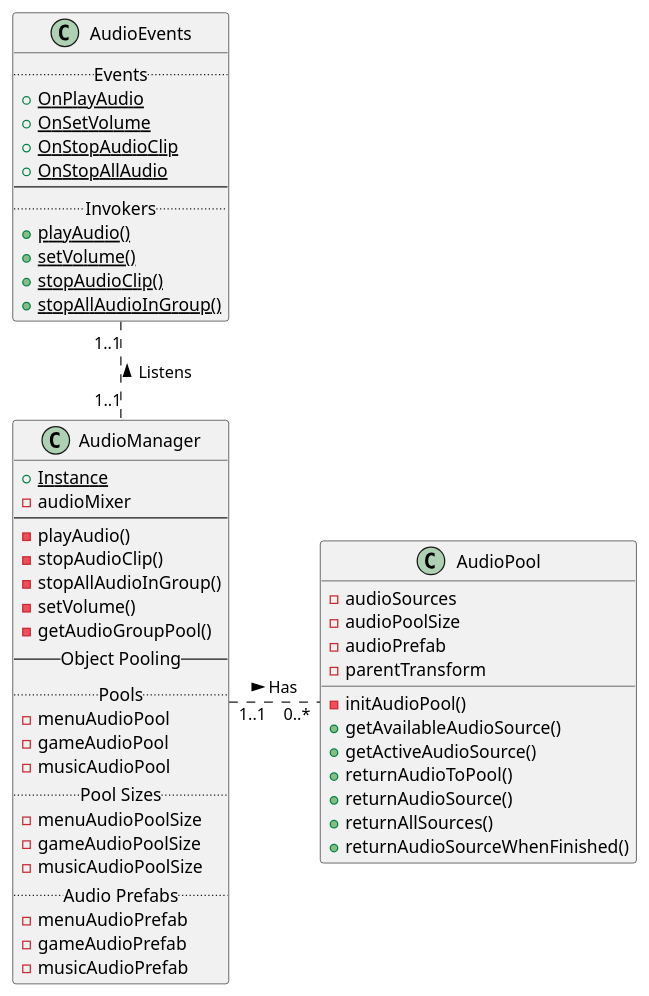
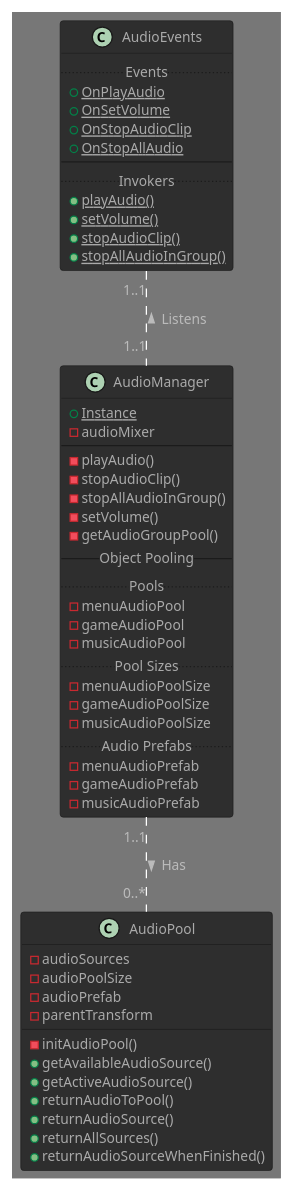
Before and after one commit to jskelly2021/Journey: the diagram in UML/audiosystem.iuml, drawn with PlantUML. The commit also changed 6 other files, not shown here.

```diff
--- a/UML/audiosystem.iuml
+++ b/UML/audiosystem.iuml
@@ -1,57 +1,59 @@
 @startuml inputsystem
+!theme reddress-darkblue
+
 class AudioManager {
     {static} +Instance
     -audioMixer
     ---
     -playAudio()
     -stopAudioClip()
     -stopAllAudioInGroup()
     -setVolume()
     -getAudioGroupPool()
     --Object Pooling--
     ..Pools..
     -menuAudioPool
     -gameAudioPool
     -musicAudioPool
     ..Pool Sizes..
     -menuAudioPoolSize
     -gameAudioPoolSize
     -musicAudioPoolSize
     ..Audio Prefabs..
     -menuAudioPrefab
     -gameAudioPrefab
     -musicAudioPrefab
 }
 
 class AudioEvents {
     ..Events..
     {static} +OnPlayAudio
     {static} +OnSetVolume
     {static} +OnStopAudioClip
     {static} +OnStopAllAudio
     ---
     ..Invokers..
     {static} +playAudio()
     {static} +setVolume()
     {static} +stopAudioClip()
     {static} +stopAllAudioInGroup()
 }
 
 class AudioPool {
     -audioSources
     -audioPoolSize
     -audioPrefab
     -parentTransform
     -initAudioPool()
     +getAvailableAudioSource()
     +getActiveAudioSource()
     +returnAudioToPool()
     +returnAudioSource()
     +returnAllSources()
     +returnAudioSourceWhenFinished()
 }
 
 AudioManager       "1..1"    .up.     "1..1"    AudioEvents    : "Listens >"
-AudioManager       "1..1"    .right.  "0..*"    AudioPool      : "Has >"
+AudioManager       "1..1"    .down.  "0..*"    AudioPool      : "Has >"
 
 @enduml
```
